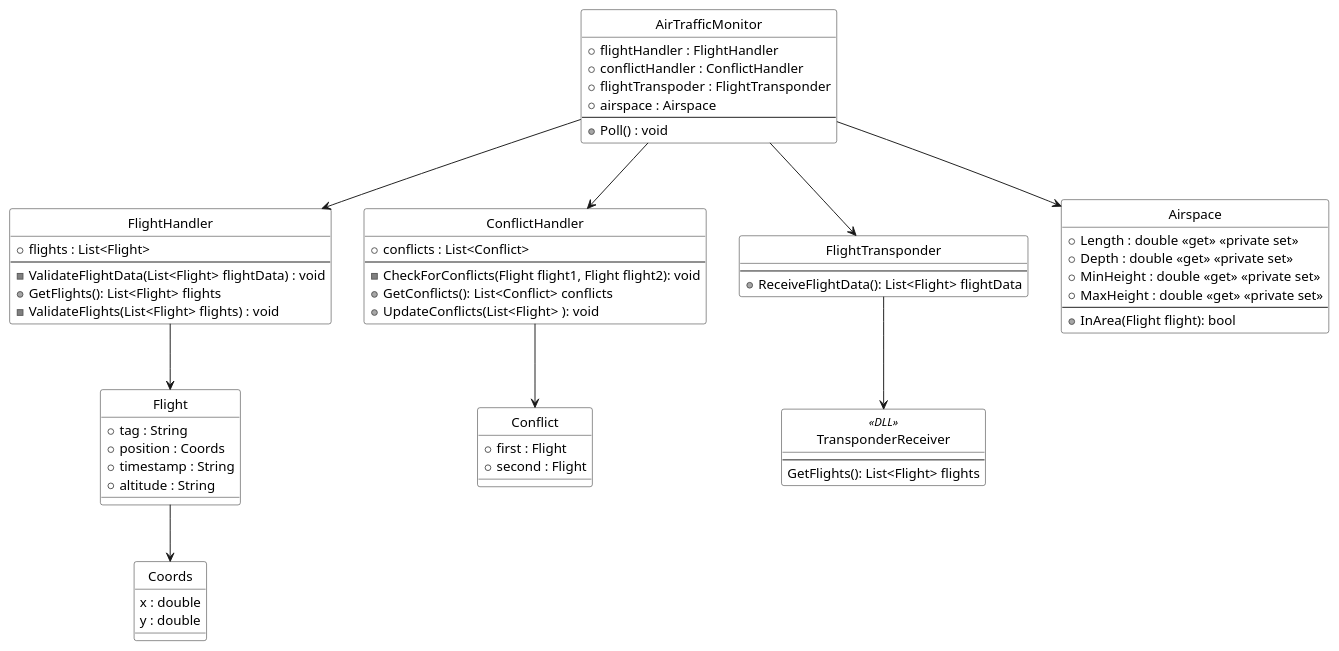
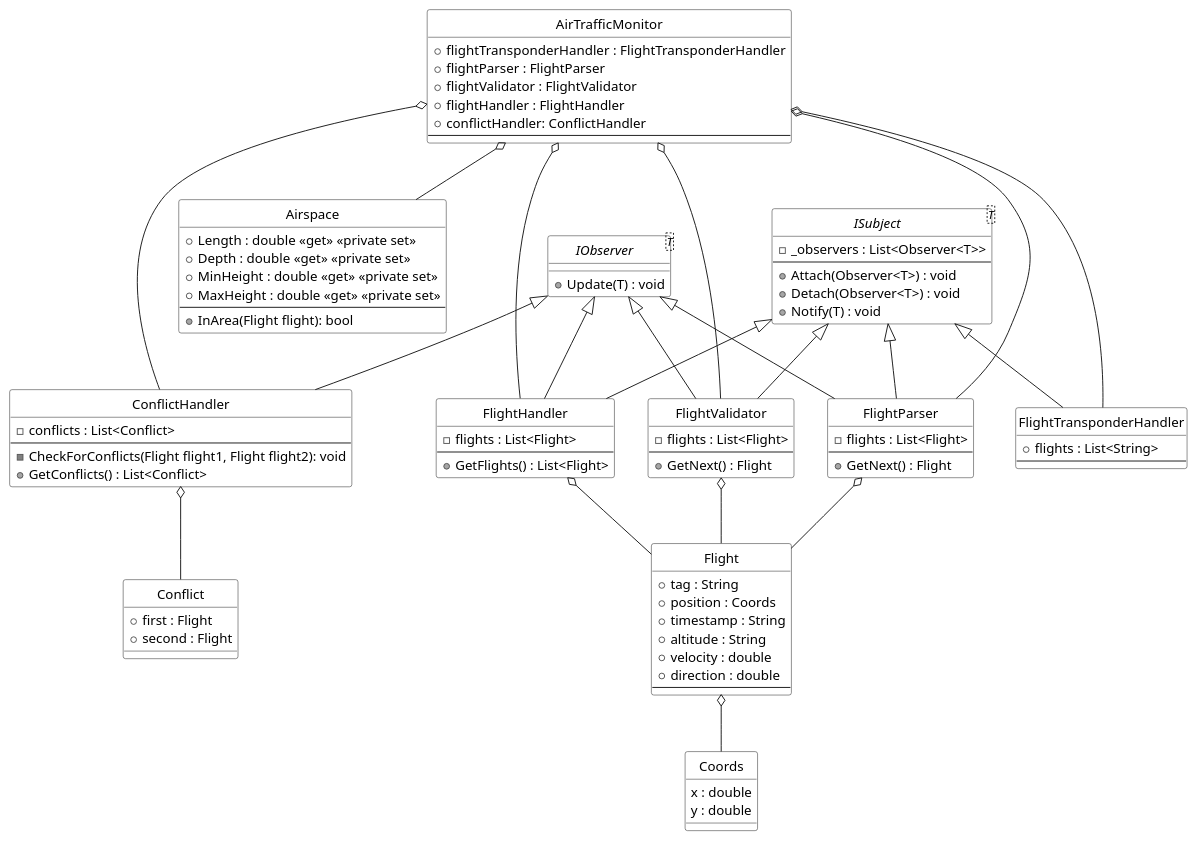
One commit to TeamSWT7/02-AirTrafficMonitoring changed the diagram in class-diagram.plantuml. Above: the diagram before and after it, drawn with PlantUML. The commit also changed 3 other files, not shown here.

Commit message:
Added new class diagram

```diff
--- a/class-diagram.plantuml
+++ b/class-diagram.plantuml
@@ -1,79 +1,109 @@
 @startuml
 
 skinparam shadowing false
 skinparam monochrome true
 skinparam backgroundColor transparent
 skinparam classBackgroundColor transparent
 skinparam style strictuml
+'skinparam linetype ortho
+
+class AirTrafficMonitor {
+    + flightTransponderHandler : FlightTransponderHandler
+    + flightParser : FlightParser
+    + flightValidator : FlightValidator
+    + flightHandler : FlightHandler
+    + conflictHandler: ConflictHandler
+    --
+}
+AirTrafficMonitor o--- FlightTransponderHandler
+AirTrafficMonitor o--- FlightParser
+AirTrafficMonitor o--- FlightValidator
+AirTrafficMonitor o--- FlightHandler
+AirTrafficMonitor o--- ConflictHandler
+AirTrafficMonitor o-- Airspace
+
+interface IObserver<T> {
+    + Update(T) : void
+}
+interface ISubject<T> {
+    - _observers : List<Observer<T>>
+    --
+    + Attach(Observer<T>) : void
+    + Detach(Observer<T>) : void
+    + Notify(T) : void
+}
+
+
 
 class Coords {
     x : double
     y : double
 }
-
-class AirTrafficMonitor {
-    + flightHandler : FlightHandler
-    + conflictHandler : ConflictHandler
-    + flightTranspoder : FlightTransponder
-    + airspace : Airspace
+class Flight {
+    + tag : String
+    + position : Coords
+    + timestamp : String
+    + altitude : String
+    + velocity : double
+    + direction : double
     --
-    + Poll() : void
 }
-AirTrafficMonitor --> FlightHandler
-AirTrafficMonitor --> ConflictHandler
-AirTrafficMonitor --> FlightTransponder
-AirTrafficMonitor --> Airspace
+Flight o-- Coords
 
 class Airspace {
     + Length : double <<get>> <<private set>>
     + Depth : double <<get>> <<private set>>
     + MinHeight : double <<get>> <<private set>>
     + MaxHeight : double <<get>> <<private set>>
     --
     + InArea(Flight flight): bool
 }
 
+class FlightTransponderHandler {
+    + flights : List<String>
+    --
+}
+ISubject <|-- FlightTransponderHandler
+
+class FlightParser {
+    - flights : List<Flight>
+    --
+    + GetNext() : Flight
+}
+ISubject <|-- FlightParser
+IObserver <|-- FlightParser
+FlightParser o-- Flight
+
+class FlightValidator {
+    - flights : List<Flight>
+    --
+    + GetNext() : Flight
+}
+ISubject <|-- FlightValidator
+IObserver <|-- FlightValidator
+FlightValidator o-- Flight
+
 class FlightHandler {
-    + flights : List<Flight>
+    - flights : List<Flight>
     --
-    - ValidateFlightData(List<Flight> flightData) : void
-    + GetFlights(): List<Flight> flights
-    - ValidateFlights(List<Flight> flights) : void
+    + GetFlights() : List<Flight>
 }
-FlightHandler --> Flight
-
-class Flight {
-    + tag : String
-    + position : Coords
-    + timestamp : String
-    + altitude : String
-
-}
-Flight --> Coords
-
-class FlightTransponder {
-    --
-    + ReceiveFlightData(): List<Flight> flightData
-}
-FlightTransponder --> TransponderReceiver
-
-class TransponderReceiver<<DLL>> {
-    --
-    GetFlights(): List<Flight> flights
-}
+ISubject <|-- FlightHandler
+IObserver <|-- FlightHandler
+FlightHandler o-- Flight
 
 class ConflictHandler {
-    + conflicts : List<Conflict>
+    - conflicts : List<Conflict>
     --
     - CheckForConflicts(Flight flight1, Flight flight2): void
-    + GetConflicts(): List<Conflict> conflicts
-    + UpdateConflicts(List<Flight> ): void
+    + GetConflicts() : List<Conflict>
 }
-ConflictHandler --> Conflict
+IObserver <|-- ConflictHandler
 
 class Conflict {
     + first : Flight
     + second : Flight
 }
+ConflictHandler o-- Conflict
 
 @enduml
```
